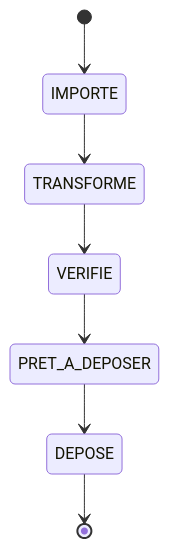
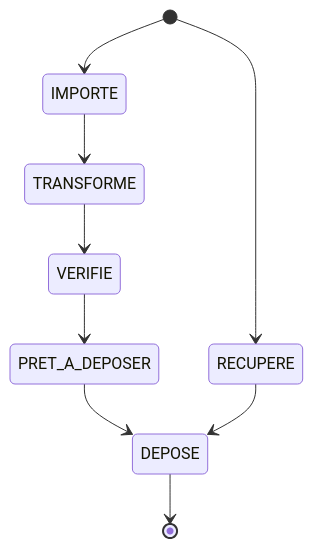
The ninth of 9 diagrams in dev-docs/patterns.md (echonuit/vigiechiro-pr-companion), drawn with Mermaid before and after one commit. The commit also changed other lines of this file and 3 other files, not shown here.

````diff
--- a/dev-docs/patterns.md
+++ b/dev-docs/patterns.md
@@ -1413,9 +1413,11 @@
 ```mermaid
 stateDiagram-v2
     [*] --> IMPORTE
     IMPORTE --> TRANSFORME
     TRANSFORME --> VERIFIE
     VERIFIE --> PRET_A_DEPOSER
     PRET_A_DEPOSER --> DEPOSE
     DEPOSE --> [*]
+    [*] --> RECUPERE
+    RECUPERE --> DEPOSE
 ```
````
